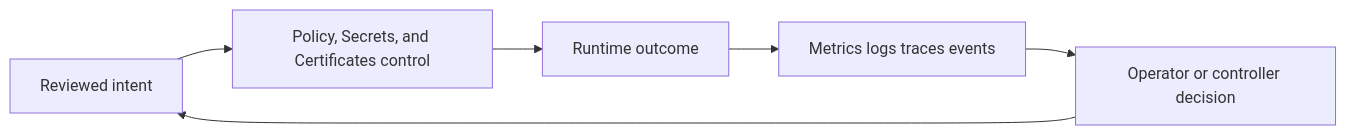
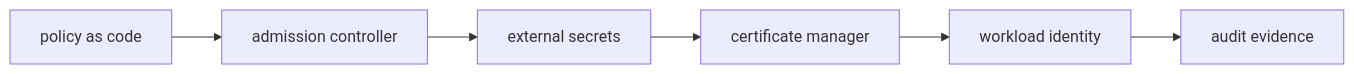
One commit to m1mohamad/devops-sre-prep changed the diagram in docs/study/platform-engineering/04-policy-secrets-certificates.md. Above: the diagram before and after it, drawn with Mermaid. The commit also changed other lines of this file and 61 other files, not shown here.

Commit message:
Replace generic architecture and study templates

````diff
--- a/docs/study/platform-engineering/04-policy-secrets-certificates.md
+++ b/docs/study/platform-engineering/04-policy-secrets-certificates.md
@@ -20,8 +15,4 @@
 ```mermaid
 flowchart LR
-  Intent[Reviewed intent] --> Control[Policy, Secrets, and Certificates control]
-  Control --> Runtime[Runtime outcome]
-  Runtime --> Signals[Metrics logs traces events]
-  Signals --> Decision[Operator or controller decision]
-  Decision --> Intent
+  N0[policy as code] --> N1[admission controller] --> N2[external secrets] --> N3[certificate manager] --> N4[workload identity] --> N5[audit evidence]
 ```
````
